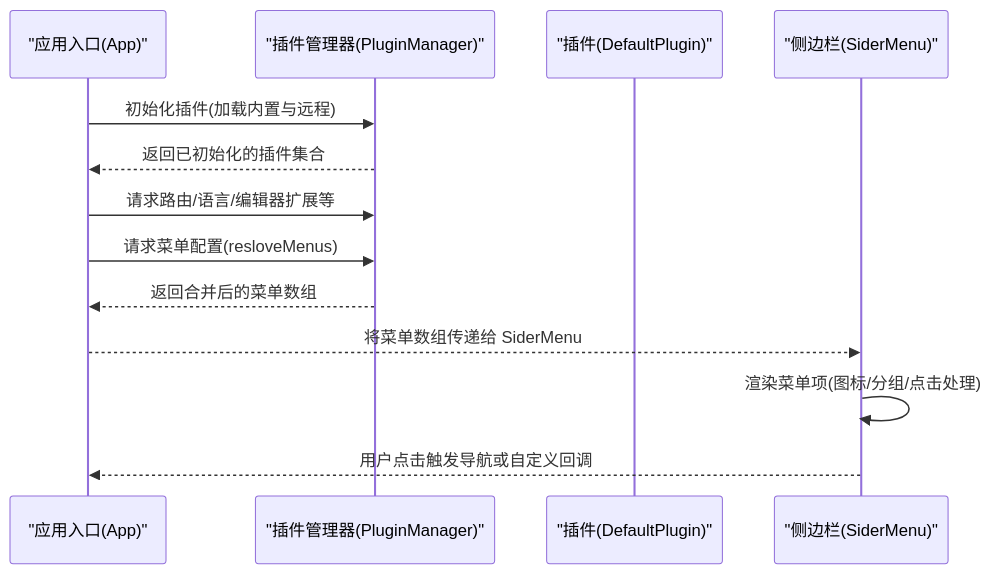
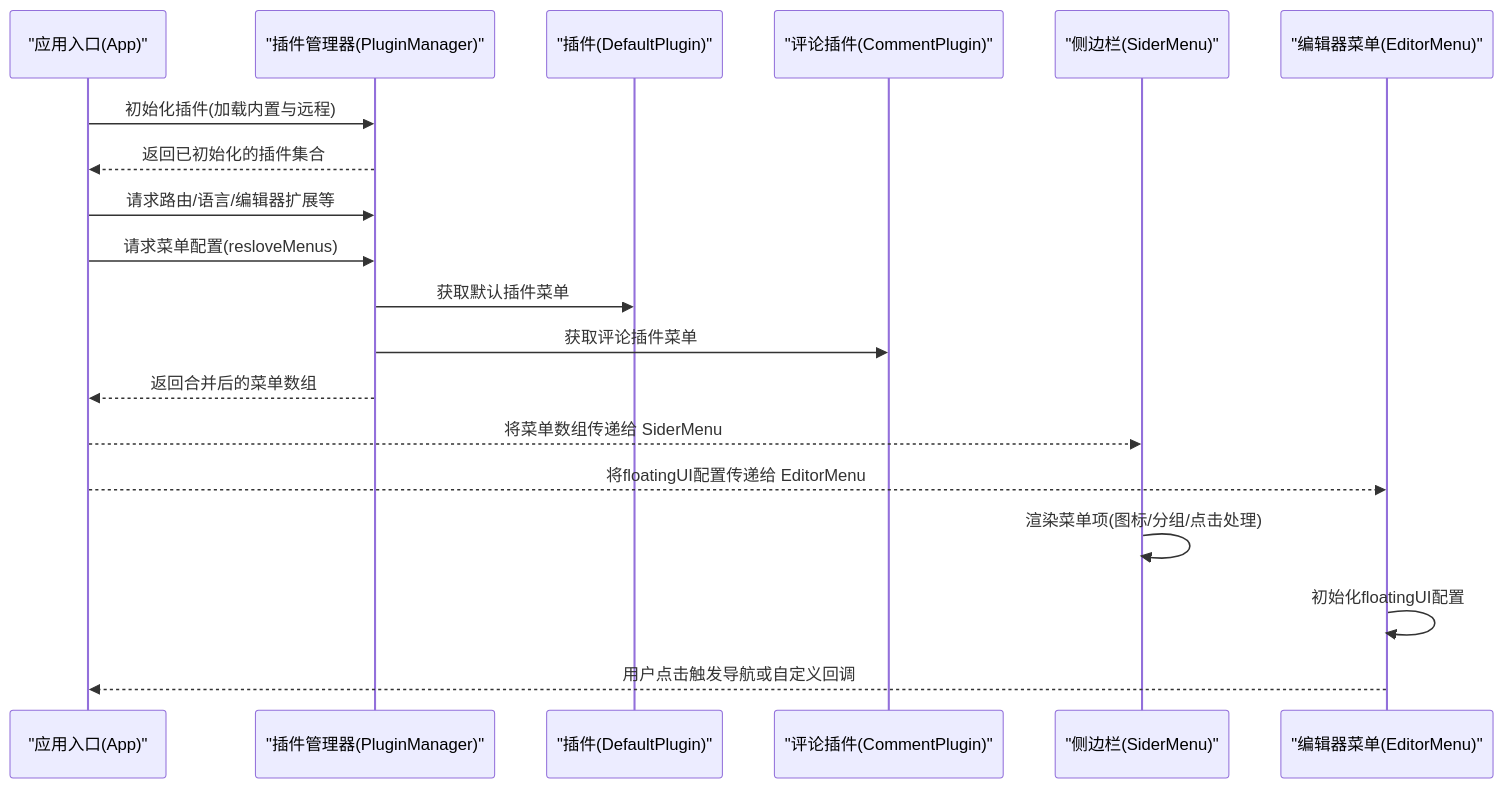
One commit to LRF0422/Kotion changed the second of 5 diagrams in .qoder/repowiki/zh/content/架构设计/插件系统架构/插件菜单系统.md. Above: the diagram before and after it, drawn with Mermaid. The commit also changed other lines of this file and 5 other files, not shown here.

````diff
--- a/.qoder/repowiki/zh/content/架构设计/插件系统架构/插件菜单系统.md
+++ b/.qoder/repowiki/zh/content/架构设计/插件系统架构/插件菜单系统.md
@@ -81,15 +105,21 @@
 ```mermaid
 sequenceDiagram
 participant APP as "应用入口(App)"
 participant PM as "插件管理器(PluginManager)"
 participant PLG as "插件(DefaultPlugin)"
+participant CM as "评论插件(CommentPlugin)"
 participant SM as "侧边栏(SiderMenu)"
+participant EM as "编辑器菜单(EditorMenu)"
 APP->>PM : 初始化插件(加载内置与远程)
 PM-->>APP : 返回已初始化的插件集合
 APP->>PM : 请求路由/语言/编辑器扩展等
 APP->>PM : 请求菜单配置(resloveMenus)
+PM->>PLG : 获取默认插件菜单
+PM->>CM : 获取评论插件菜单
 PM-->>APP : 返回合并后的菜单数组
 APP-->>SM : 将菜单数组传递给 SiderMenu
+APP-->>EM : 将floatingUI配置传递给 EditorMenu
 SM->>SM : 渲染菜单项(图标/分组/点击处理)
-SM-->>APP : 用户点击触发导航或自定义回调
+EM->>EM : 初始化floatingUI配置
+EM-->>APP : 用户点击触发导航或自定义回调
 ```
````
